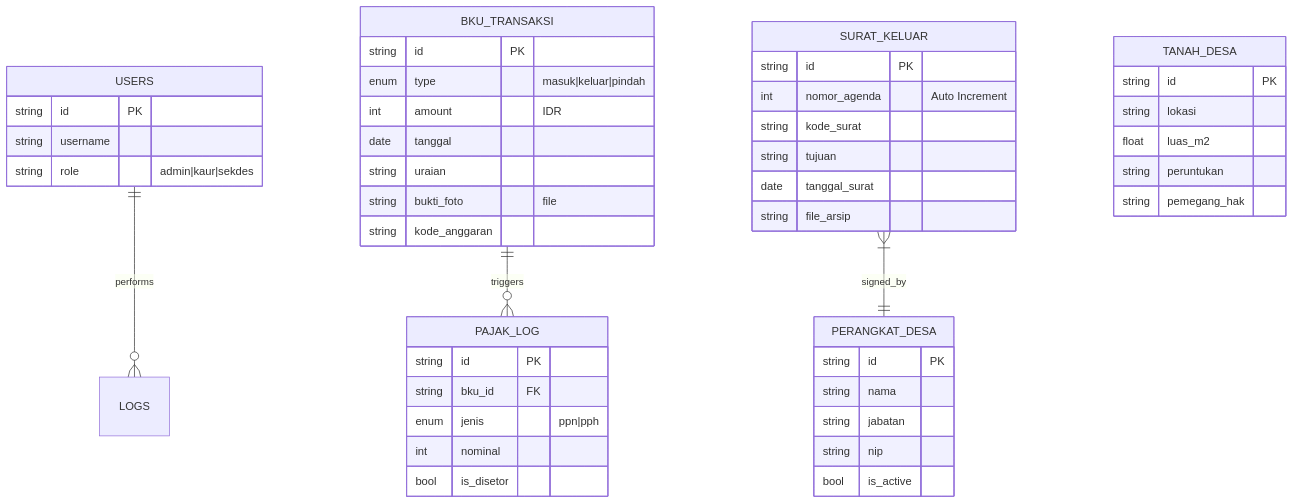
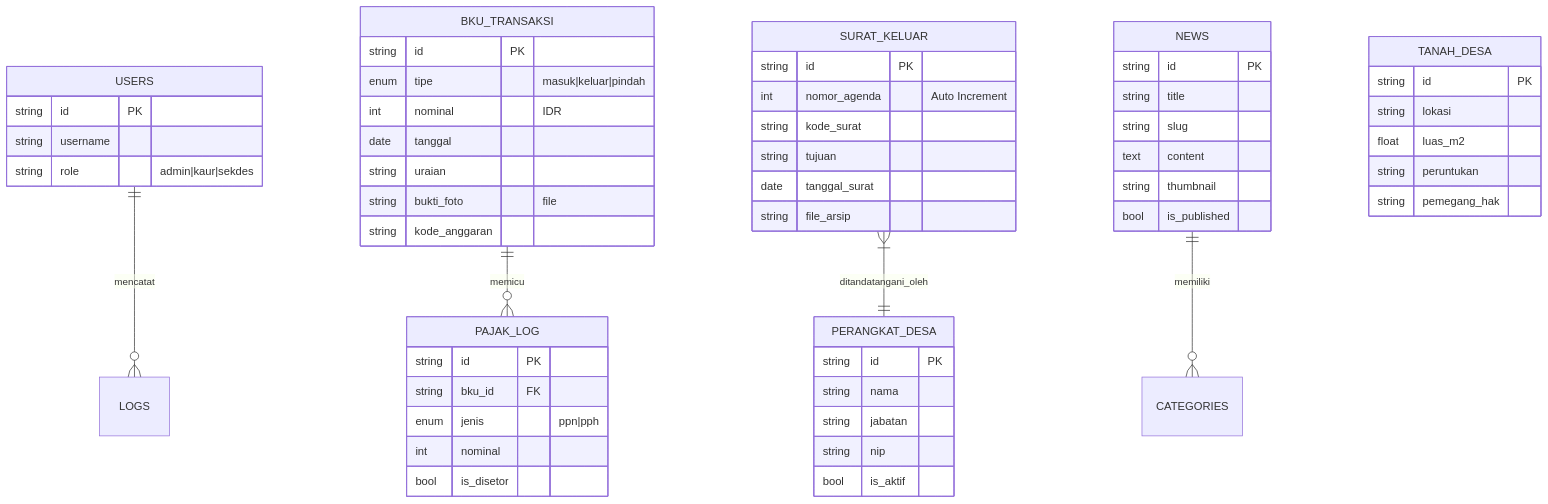
One commit to AbdurRouf05/sid-desa changed the third of 3 diagrams in docs/SID_SUMBERANYAR_BLUEPRINT.md. Above: the diagram before and after it, drawn with Mermaid. The commit also changed other lines of this file and 91 other files, not shown here.

````diff
--- a/docs/SID_SUMBERANYAR_BLUEPRINT.md
+++ b/docs/SID_SUMBERANYAR_BLUEPRINT.md
@@ -87,54 +92,64 @@
 ```mermaid
 erDiagram
-    USERS ||--o{ LOGS : performs
+    USERS ||--o{ LOGS : mencatat
     USERS {
         string id PK
         string username
         string role "admin|kaur|sekdes"
     }
 
-    BKU_TRANSAKSI ||--o{ PAJAK_LOG : triggers
+    BKU_TRANSAKSI ||--o{ PAJAK_LOG : memicu
     BKU_TRANSAKSI {
         string id PK
-        enum type "masuk|keluar|pindah"
-        int amount "IDR"
+        enum tipe "masuk|keluar|pindah"
+        int nominal "IDR"
         date tanggal
         string uraian
         string bukti_foto "file"
         string kode_anggaran
     }
 
     PAJAK_LOG {
         string id PK
         string bku_id FK
         enum jenis "ppn|pph"
         int nominal
         bool is_disetor
     }
 
-    SURAT_KELUAR }|--|| PERANGKAT_DESA : signed_by
+    SURAT_KELUAR }|--|| PERANGKAT_DESA : ditandatangani_oleh
     SURAT_KELUAR {
         string id PK
         int nomor_agenda "Auto Increment"
         string kode_surat
         string tujuan
         date tanggal_surat
         string file_arsip
     }
 
     PERANGKAT_DESA {
         string id PK
         string nama
         string jabatan
         string nip
-        bool is_active
+        bool is_aktif
+    }
+
+    NEWS ||--o{ CATEGORIES : memiliki
+    NEWS {
+        string id PK
+        string title
+        string slug
+        text content
+        string thumbnail
+        bool is_published
     }
 
     TANAH_DESA {
         string id PK
         string lokasi
         float luas_m2
         string peruntukan
         string pemegang_hak
     }
 ```
````
